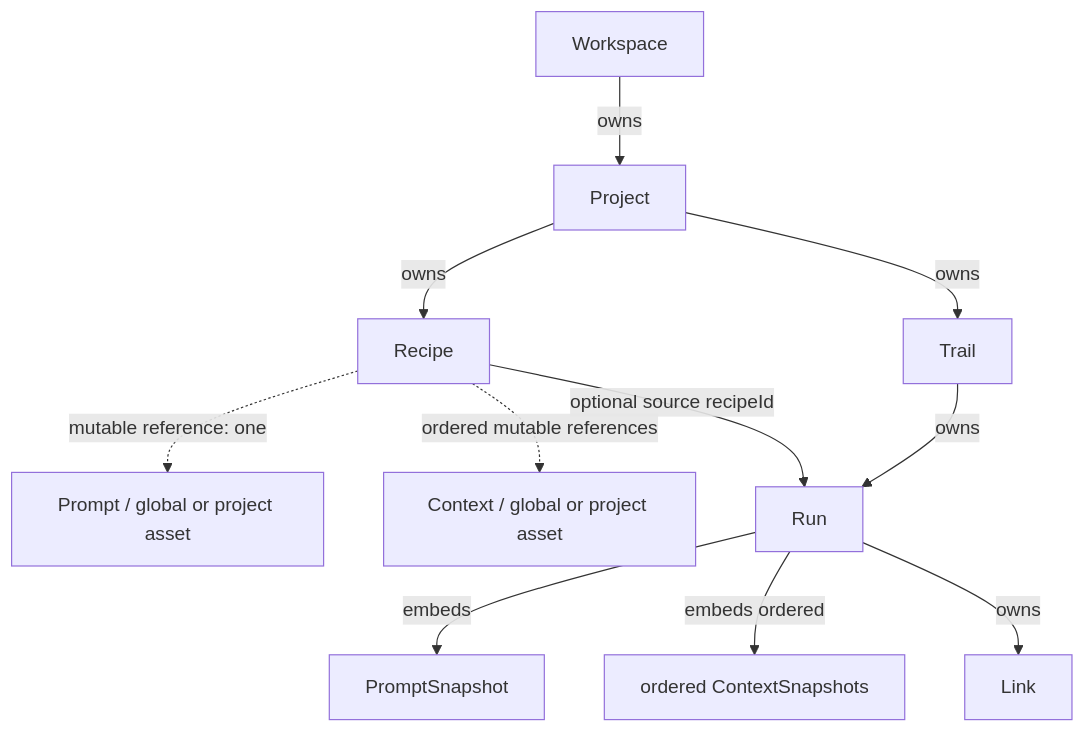
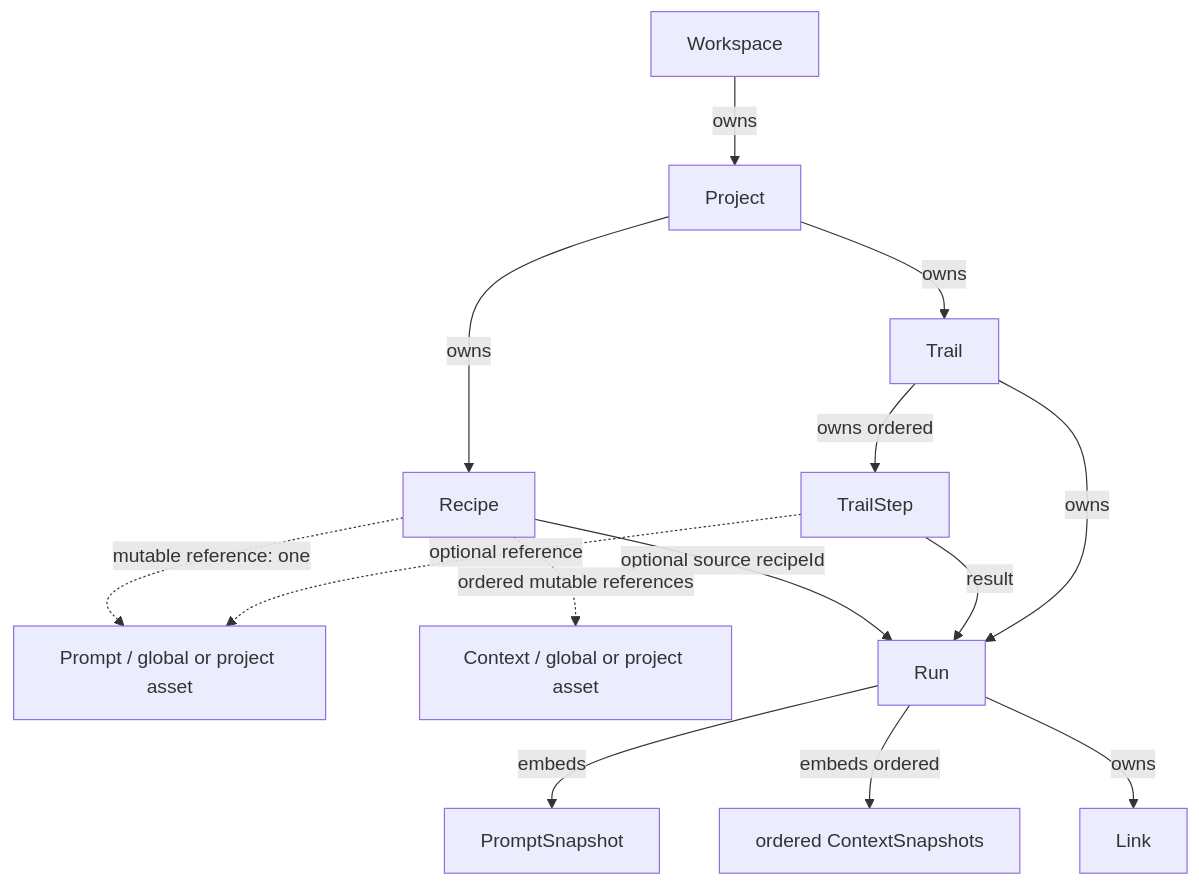
One commit to yuyuyu0706/ai-workbench changed the diagram in docs/architecture/prompt-trail/data-model.md. Above: the diagram before and after it, drawn with Mermaid. The commit also changed other lines of this file and 4 other files, not shown here.

First line of the commit message:
docs(prompt-trail): reflect P3-6 Trail-as-Prompt-Flow into canonical docs

````diff
--- a/docs/architecture/prompt-trail/data-model.md
+++ b/docs/architecture/prompt-trail/data-model.md
@@ -19,24 +19,28 @@
 ```mermaid
 flowchart TD
   Workspace[Workspace]
   Project[Project]
   Prompt[Prompt / global or project asset]
   Context[Context / global or project asset]
   Recipe[Recipe]
   Trail[Trail]
+  TrailStep[TrailStep]
   Run[Run]
   PromptSnapshot[PromptSnapshot]
   ContextSnapshots[ordered ContextSnapshots]
   Link[Link]
 
   Workspace -->|owns| Project
   Project -->|owns| Recipe
   Project -->|owns| Trail
   Trail -->|owns| Run
+  Trail -->|owns ordered| TrailStep
+  TrailStep -. optional reference .-> Prompt
+  TrailStep -->|result| Run
   Recipe -->|optional source recipeId| Run
   Recipe -. mutable reference: one .-> Prompt
   Recipe -. ordered mutable references .-> Context
   Run -->|embeds| PromptSnapshot
   Run -->|embeds ordered| ContextSnapshots
   Run -->|owns| Link
 ```
````
